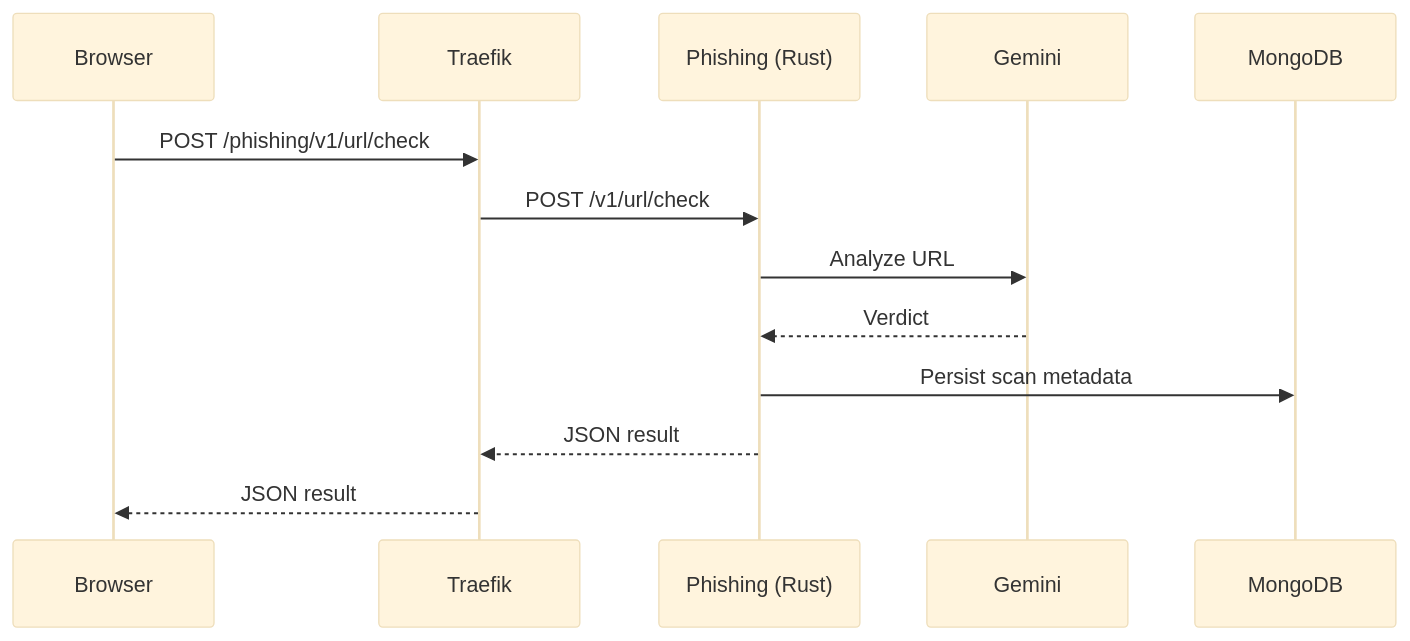
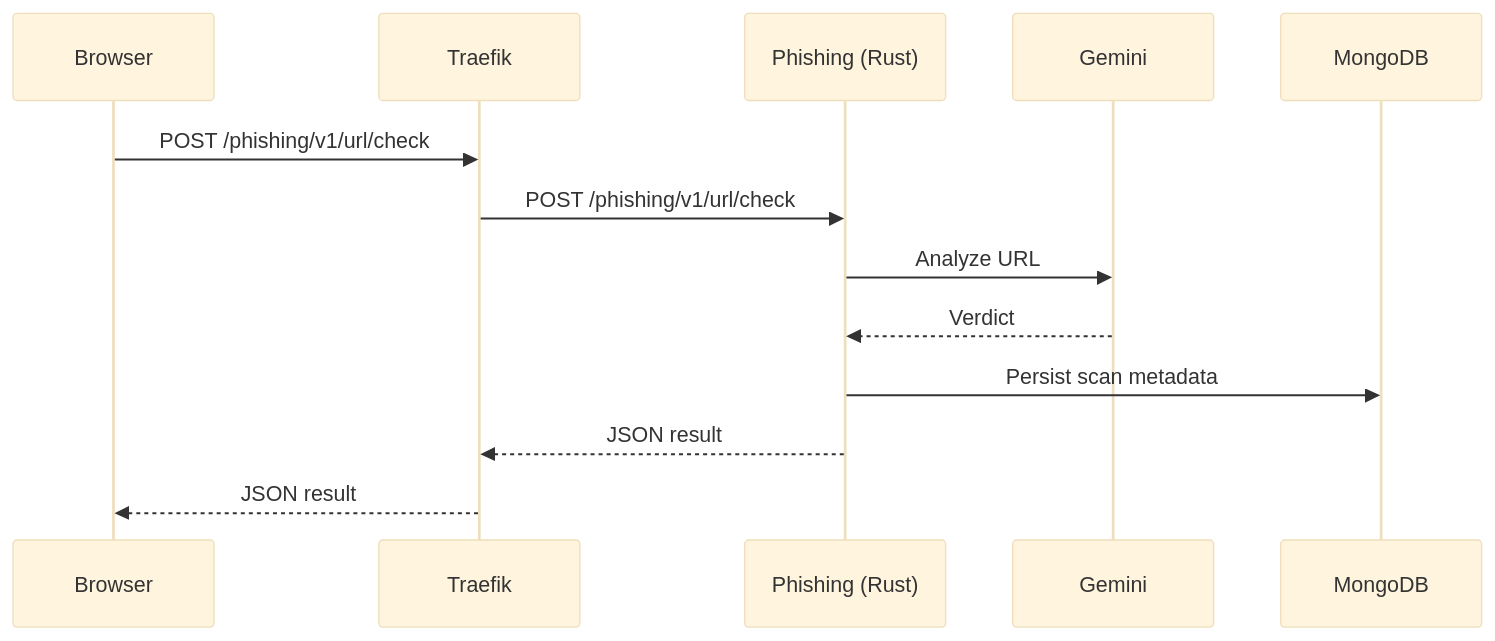
One commit to M33HA1/ForgeHarbor changed the first of 5 diagrams in docs/obsidian/01-Architecture/Data-Flow.md. Above: the diagram before and after it, drawn with Mermaid (base theme). The commit also changed other lines of this file and 28 other files, not shown here.

````diff
--- a/docs/obsidian/01-Architecture/Data-Flow.md
+++ b/docs/obsidian/01-Architecture/Data-Flow.md
@@ -12,16 +12,16 @@
 ```mermaid
 sequenceDiagram
     participant U as Browser
     participant T as Traefik
     participant P as Phishing (Rust)
     participant G as Gemini
     participant M as MongoDB
 
     U->>T: POST /phishing/v1/url/check
-    T->>P: POST /v1/url/check
+    T->>P: POST /phishing/v1/url/check
     P->>G: Analyze URL
     G-->>P: Verdict
     P->>M: Persist scan metadata
     P-->>T: JSON result
     T-->>U: JSON result
 ```
````
